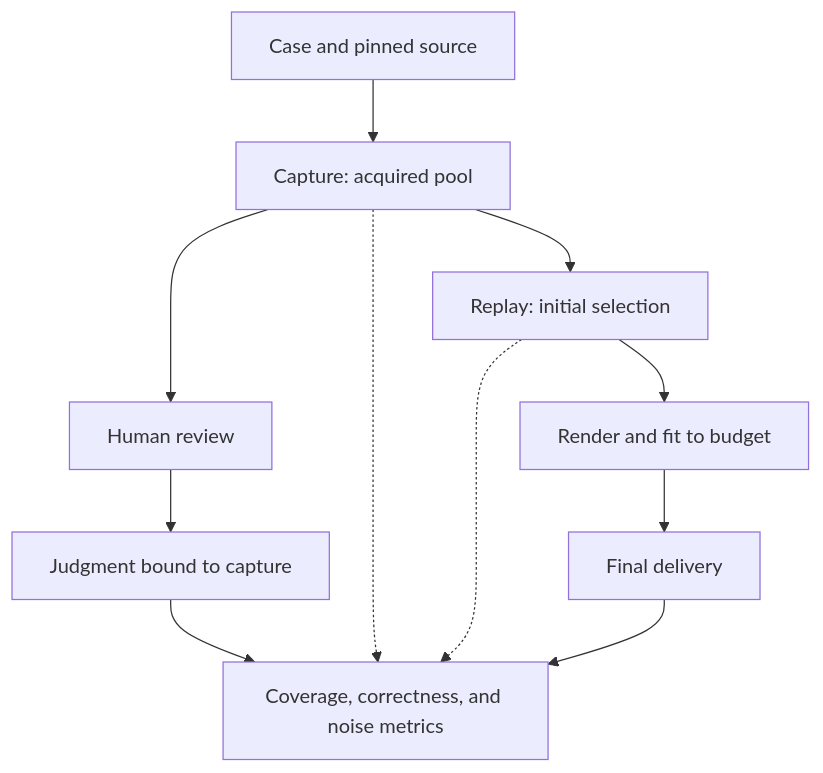
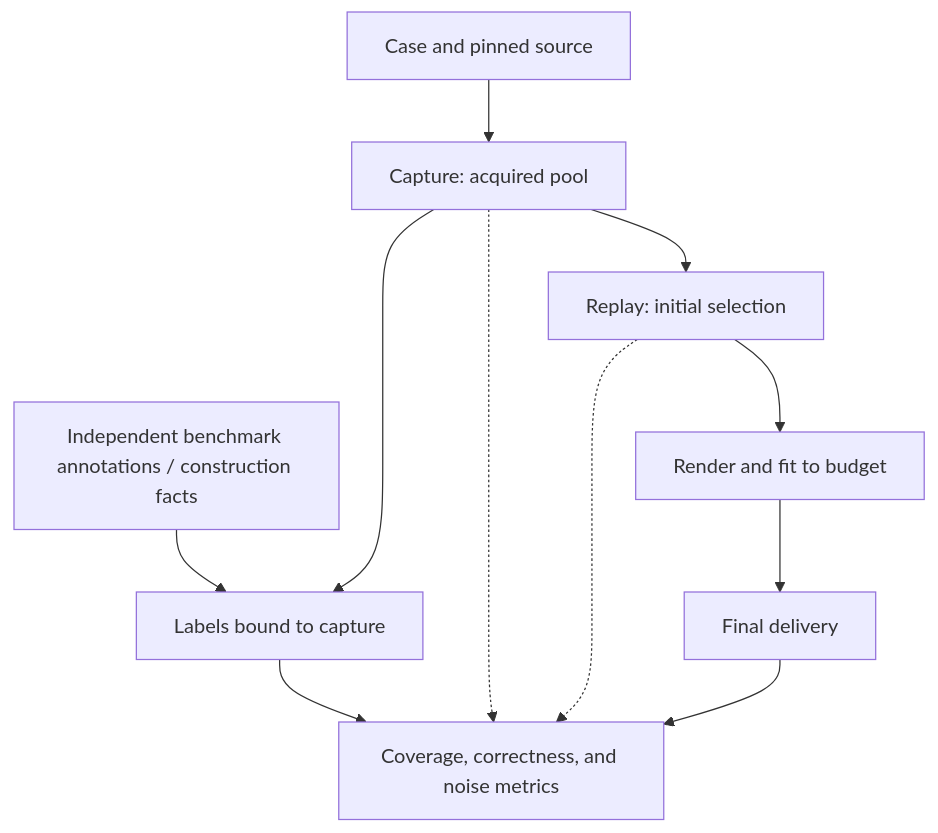
One commit to zerowarden/agentq changed the second of 2 diagrams in agentq/evals/README.md. Above: the diagram before and after it, drawn with Mermaid. The commit also changed other lines of this file and 29 other files, not shown here.

First line of the commit message:
feat: add independent benchmark labels and guarded experiments

````diff
--- a/agentq/evals/README.md
+++ b/agentq/evals/README.md
@@ -87,13 +93,13 @@
 ```mermaid
 flowchart TD
     Case["Case and pinned source"] --> Pool["Capture: acquired pool"]
     Pool --> Selection["Replay: initial selection"]
     Selection --> Fitting["Render and fit to budget"]
     Fitting --> Delivery["Final delivery"]
-    Pool --> Review["Human review"]
-    Review --> Judgment["Judgment bound to capture"]
+    Annotations["Independent benchmark annotations / construction facts"] --> Judgment["Labels bound to capture"]
+    Pool --> Judgment
     Judgment --> Evaluation["Coverage, correctness, and noise metrics"]
     Pool -.-> Evaluation
     Selection -.-> Evaluation
     Delivery --> Evaluation
 ```
````
